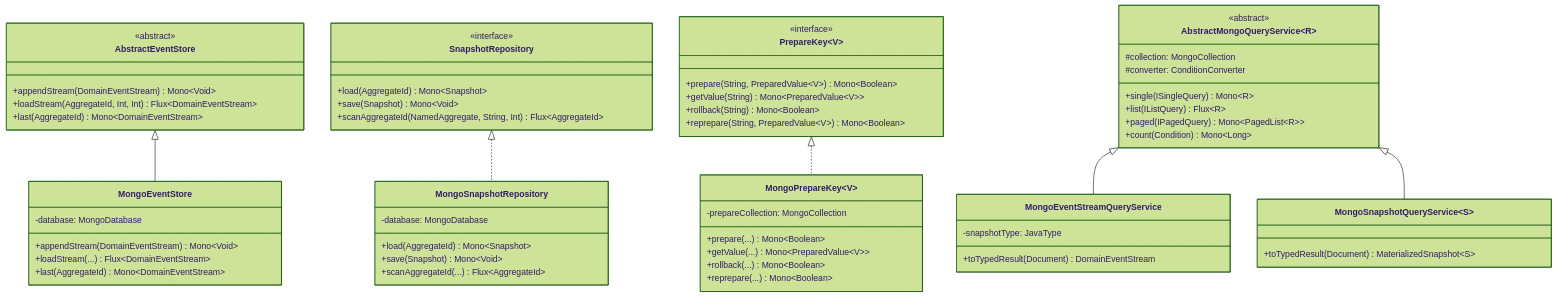
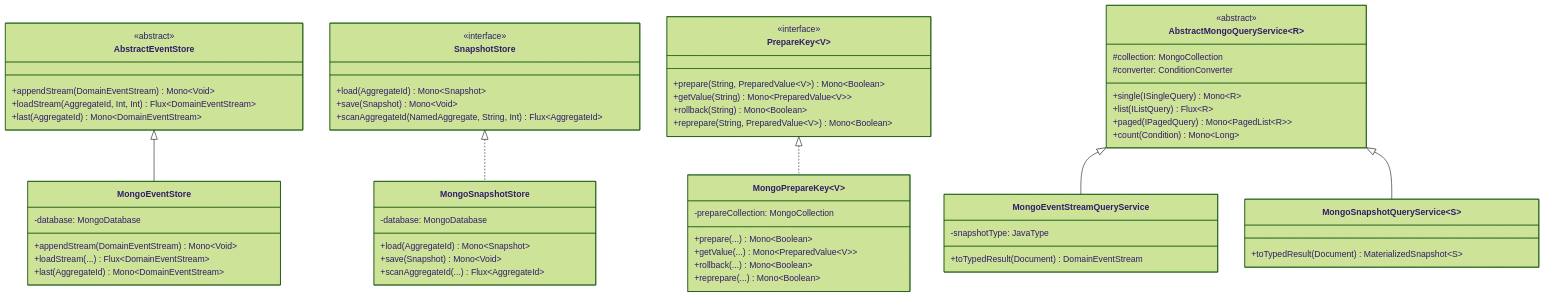
One commit to Ahoo-Wang/Wow changed the third of 3 diagrams in documentation/docs/zh/guide/extensions/mongo.md. Above: the diagram before and after it, drawn with Mermaid (forest theme). The commit also changed other lines of this file and 36 other files, not shown here.

````diff
--- a/documentation/docs/zh/guide/extensions/mongo.md
+++ b/documentation/docs/zh/guide/extensions/mongo.md
@@ -402,73 +402,73 @@
 ```mermaid
 classDiagram
     direction TB
 
     class AbstractEventStore {
         <<abstract>>
         +appendStream(DomainEventStream) Mono~Void~
         +loadStream(AggregateId, Int, Int) Flux~DomainEventStream~
         +last(AggregateId) Mono~DomainEventStream~
     }
 
     class MongoEventStore {
         -database: MongoDatabase
         +appendStream(DomainEventStream) Mono~Void~
         +loadStream(...) Flux~DomainEventStream~
         +last(AggregateId) Mono~DomainEventStream~
     }
 
-    class SnapshotRepository {
+    class SnapshotStore {
         <<interface>>
         +load(AggregateId) Mono~Snapshot~
         +save(Snapshot) Mono~Void~
         +scanAggregateId(NamedAggregate, String, Int) Flux~AggregateId~
     }
 
-    class MongoSnapshotRepository {
+    class MongoSnapshotStore {
         -database: MongoDatabase
         +load(AggregateId) Mono~Snapshot~
         +save(Snapshot) Mono~Void~
         +scanAggregateId(...) Flux~AggregateId~
     }
 
     class PrepareKey~V~ {
         <<interface>>
         +prepare(String, PreparedValue~V~) Mono~Boolean~
         +getValue(String) Mono~PreparedValue~V~~
         +rollback(String) Mono~Boolean~
         +reprepare(String, PreparedValue~V~) Mono~Boolean~
     }
 
     class MongoPrepareKey~V~ {
         -prepareCollection: MongoCollection
         +prepare(...) Mono~Boolean~
         +getValue(...) Mono~PreparedValue~V~~
         +rollback(...) Mono~Boolean~
         +reprepare(...) Mono~Boolean~
     }
 
     class AbstractMongoQueryService~R~ {
         <<abstract>>
         #collection: MongoCollection
         #converter: ConditionConverter
         +single(ISingleQuery) Mono~R~
         +list(IListQuery) Flux~R~
         +paged(IPagedQuery) Mono~PagedList~R~~
         +count(Condition) Mono~Long~
     }
 
     class MongoEventStreamQueryService {
         -snapshotType: JavaType
         +toTypedResult(Document) DomainEventStream
     }
 
     class MongoSnapshotQueryService~S~ {
         +toTypedResult(Document) MaterializedSnapshot~S~
     }
 
     AbstractEventStore <|-- MongoEventStore
-    SnapshotRepository <|.. MongoSnapshotRepository
+    SnapshotStore <|.. MongoSnapshotStore
     PrepareKey <|.. MongoPrepareKey
     AbstractMongoQueryService <|-- MongoEventStreamQueryService
     AbstractMongoQueryService <|-- MongoSnapshotQueryService
 ```
````
